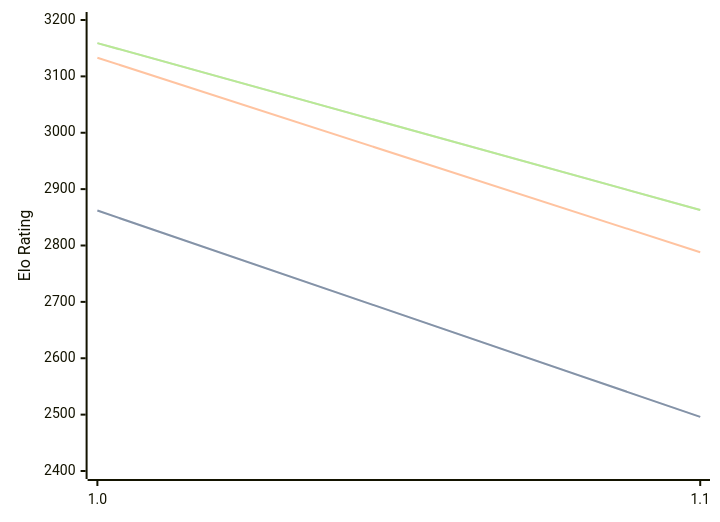
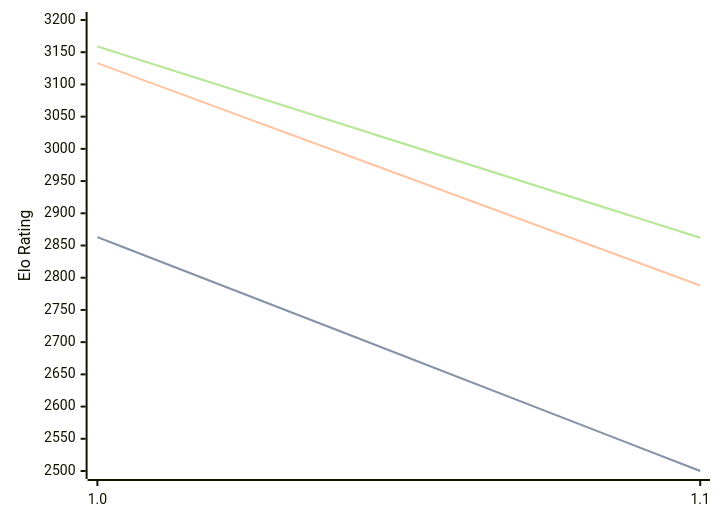
One commit to computer-chess-index/cci changed the diagram in engines/Publius.md. Above: the diagram before and after it, drawn with Mermaid. The commit also changed other lines of this file, not shown here.

Commit message:
Update CCI Ratings (ELO VLTC) - 2026-04-01

````diff
--- a/engines/Publius.md
+++ b/engines/Publius.md
@@ -32,11 +32,11 @@
 ```mermaid
 %%{init: {"theme":"base","themeVariables":{"seriesColors:['#a3a3a3','#222221','#faa371']}}}%%
 xychart-beta
   x-axis ["1.0", "1.1"]
-  y-axis "Elo Rating" 2400 --> 3200
-  line "STC (8.0+0.08s)" [2862, 2496]
-  line "STC (8.0+0.08s)" [2862, 2496]
+  y-axis "Elo Rating" 2500 --> 3200
+  line "STC (8.0+0.08s)" [2863, 2500]
+  line "STC (8.0+0.08s)" [2863, 2500]
   line "LTC (60.0+0.60s)" [3133, 2788]
-  line "VLTC (2m24s+1.12s)" [3159, 2863]
-  line "VLTC (2m24s+1.12s)" [3159, 2863]
+  line "VLTC (2m24s+1.12s)" [3159, 2862]
+  line "VLTC (2m24s+1.12s)" [3159, 2862]
 ```
````
